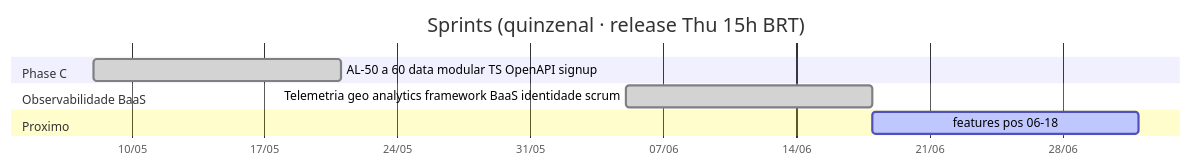
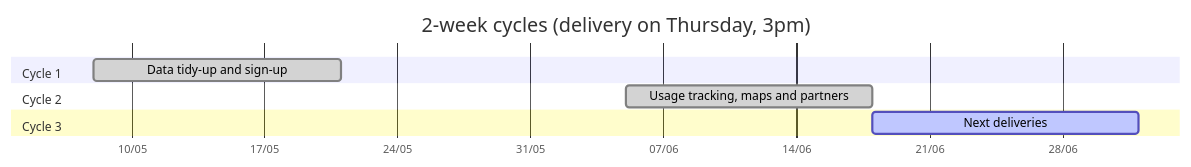
One commit to artelonga/ArteLonga changed the second of 3 diagrams in docs/scrum-retrospective.en.md. Above: the diagram before and after it, drawn with Mermaid. The commit also changed other lines of this file and 43 other files, not shown here.

First line of the commit message:
feat(docs): diagramas simples e legíveis (sem jargão) em todas as docs (#89)

````diff
--- a/docs/scrum-retrospective.en.md
+++ b/docs/scrum-retrospective.en.md
@@ -74,12 +72,12 @@
 ```mermaid
 gantt
-  title Sprints (quinzenal · release Thu 15h BRT)
+  title 2-week cycles (delivery on Thursday, 3pm)
   dateFormat YYYY-MM-DD
   axisFormat %d/%m
-  section Phase C
-  AL-50 a 60 data modular TS OpenAPI signup :done, s1, 2026-05-08, 2026-05-21
-  section Observabilidade BaaS
-  Telemetria geo analytics framework BaaS identidade scrum :done, s2, 2026-06-05, 2026-06-18
-  section Proximo
-  features pos 06-18 :active, s3, 2026-06-18, 2026-07-02
+  section Cycle 1
+  Data tidy-up and sign-up :done, s1, 2026-05-08, 2026-05-21
+  section Cycle 2
+  Usage tracking, maps and partners :done, s2, 2026-06-05, 2026-06-18
+  section Cycle 3
+  Next deliveries :active, s3, 2026-06-18, 2026-07-02
 ```
````
